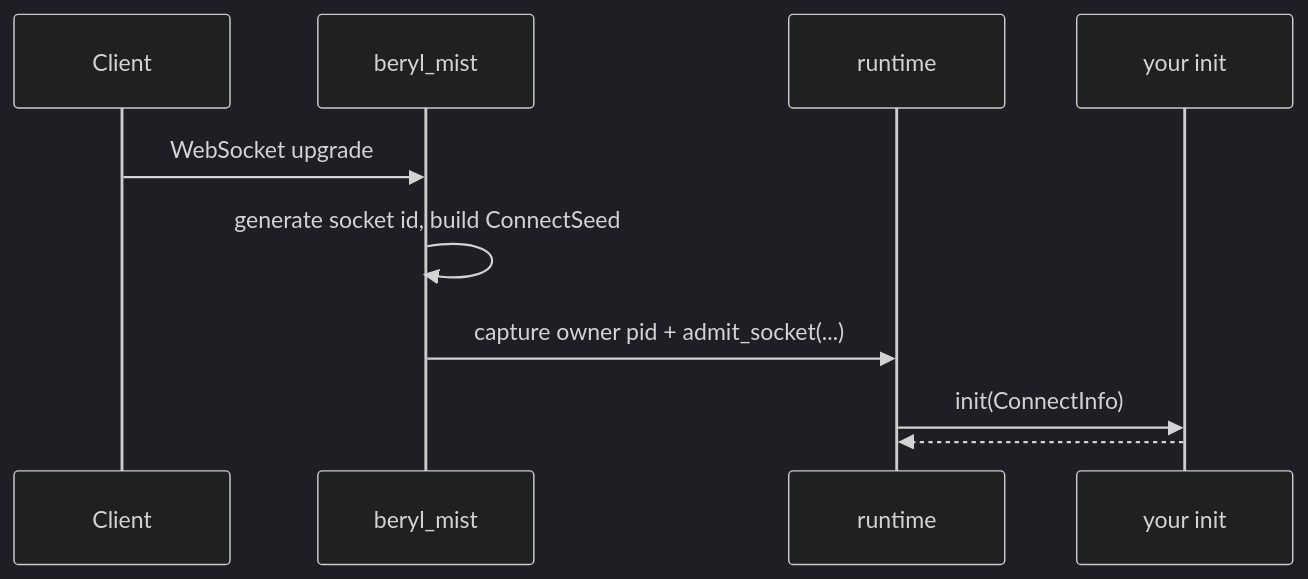
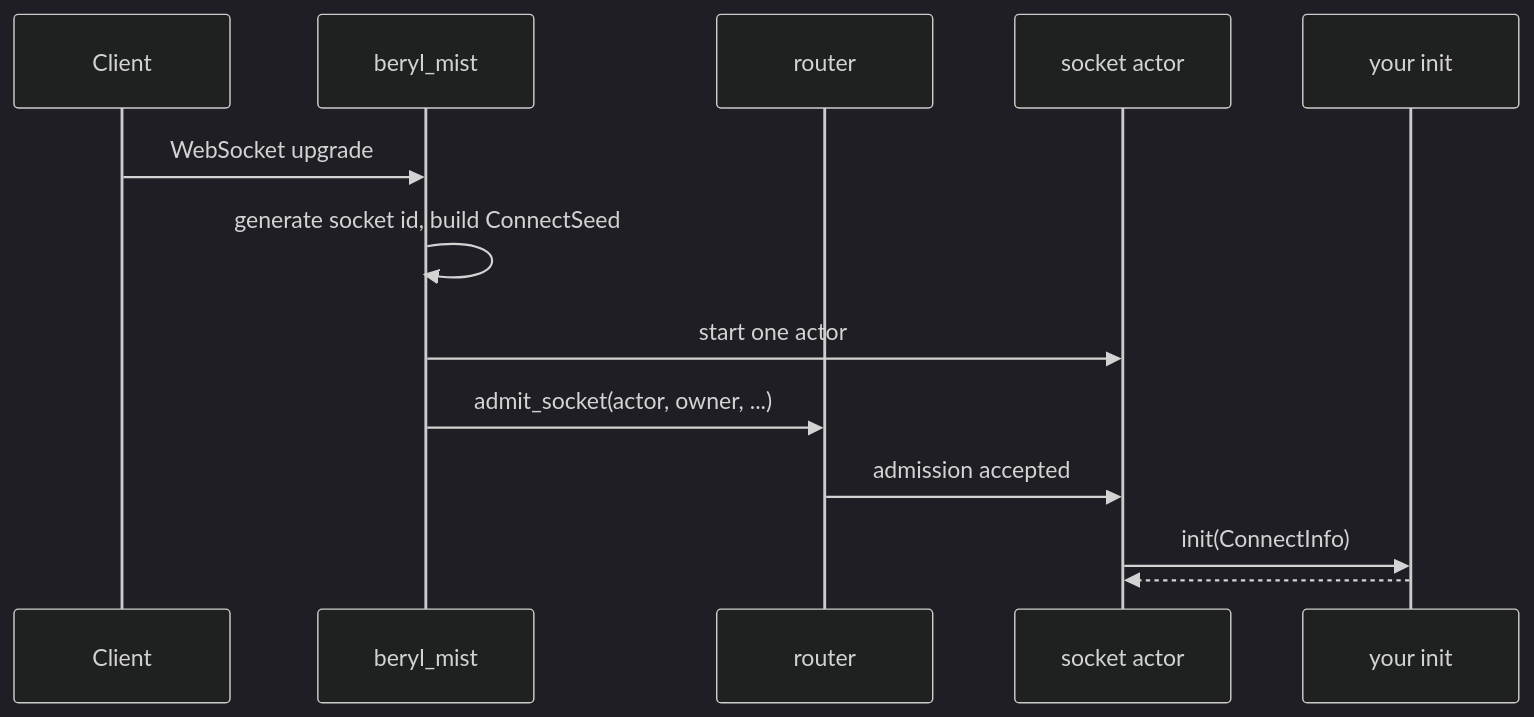
Before and after one commit to tylerbutler/beryl: the first of 6 diagrams in website/src/content/docs/architecture/message-lifecycle.md, drawn with Mermaid (dark theme). The commit also changed other lines of this file and 13 other files, not shown here.

Commit message:
docs: update per-socket actor architecture

````diff
--- a/website/src/content/docs/architecture/message-lifecycle.md
+++ b/website/src/content/docs/architecture/message-lifecycle.md
@@ -16,12 +17,15 @@
 ```mermaid
 sequenceDiagram
   participant Client
   participant Mist as beryl_mist
-  participant RT as runtime
+  participant Router as router
+  participant Socket as socket actor
   participant App as your init
   Client->>Mist: WebSocket upgrade
   Mist->>Mist: generate socket id, build ConnectSeed
-  Mist->>RT: capture owner pid + admit_socket(...)
-  RT->>App: init(ConnectInfo)
-  App-->>RT: #(model, effects)
+  Mist->>Socket: start one actor
+  Mist->>Router: admit_socket(actor, owner, ...)
+  Router->>Socket: admission accepted
+  Socket->>App: init(ConnectInfo)
+  App-->>Socket: #(model, effects)
 ```
````
